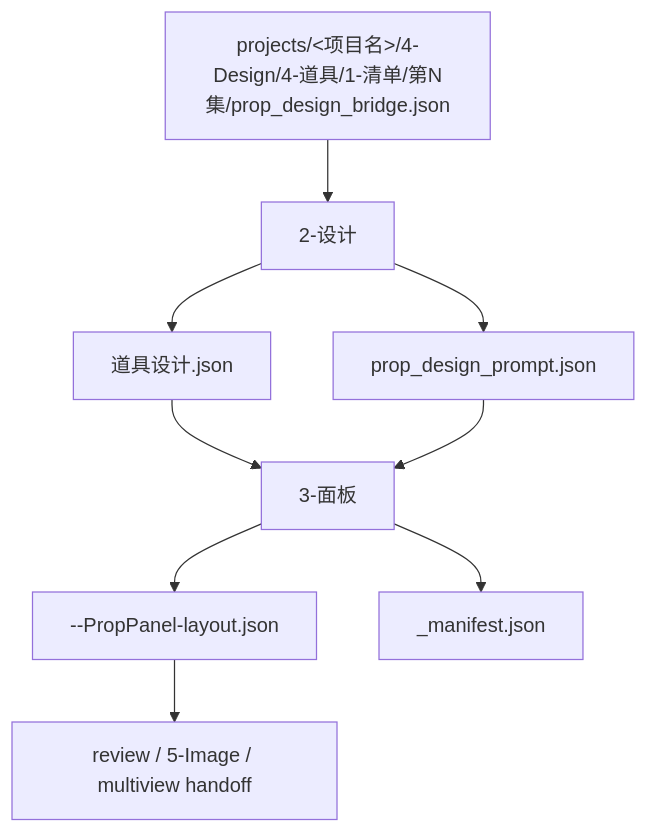
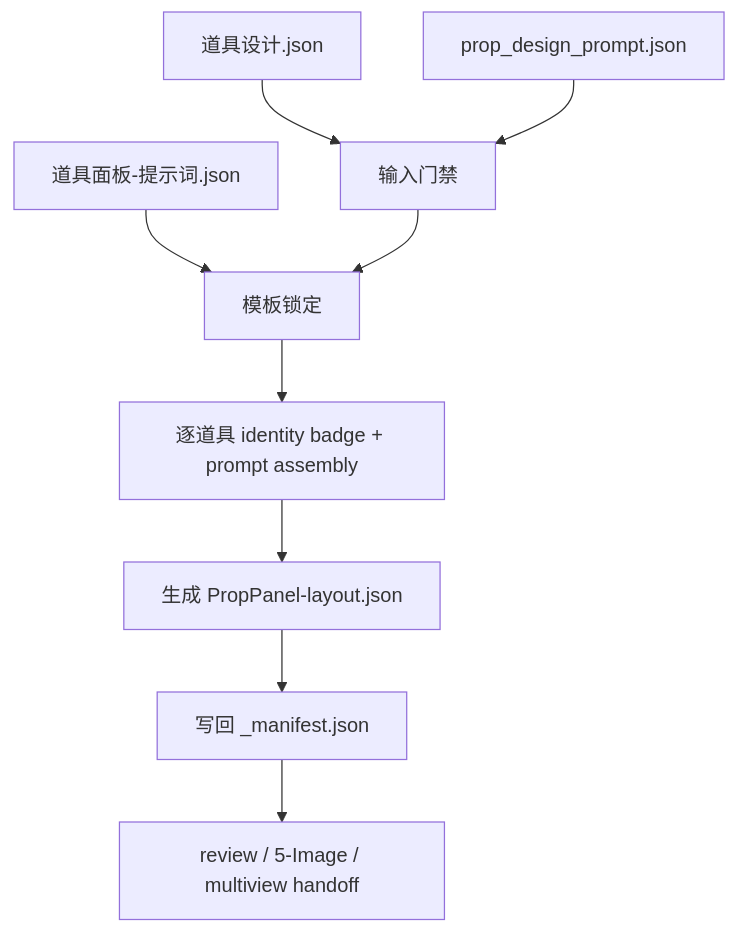
Before and after one commit to ZEN-VOID/AI-CUT: the first of 3 diagrams in .agents/skills/aigc/4-Design/4-道具/3-面板/SKILL.md, drawn with Mermaid. The commit also changed other lines of this file and 182 other files, not shown here.

````diff
--- a/.agents/skills/aigc/4-Design/4-道具/3-面板/SKILL.md
+++ b/.agents/skills/aigc/4-Design/4-道具/3-面板/SKILL.md
@@ -40,11 +66,11 @@
 ```mermaid
 flowchart TD
-    A["projects/<项目名>/4-Design/4-道具/1-清单/第N集/prop_design_bridge.json"] --> B["2-设计"]
-    B --> C["道具设计.json"]
-    B --> D["prop_design_prompt.json"]
-    C --> E["3-面板"]
-    D --> E
-    E --> F["<prop_id>-<prop_name>-PropPanel-layout.json"]
-    E --> G["_manifest.json"]
-    F --> H["review / 5-Image / multiview handoff"]
+    A["道具设计.json"] --> B["输入门禁"]
+    C["prop_design_prompt.json"] --> B
+    D["道具面板-提示词.json"] --> E["模板锁定"]
+    B --> E
+    E --> F["逐道具 identity badge + prompt assembly"]
+    F --> G["生成 PropPanel-layout.json"]
+    G --> H["写回 _manifest.json"]
+    H --> I["review / 5-Image / multiview handoff"]
 ```
````
